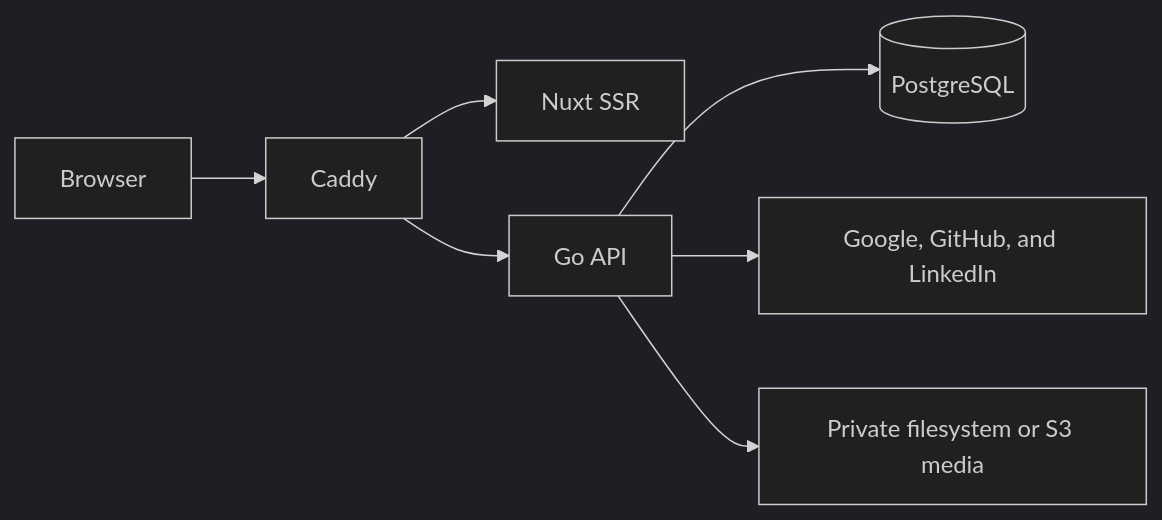
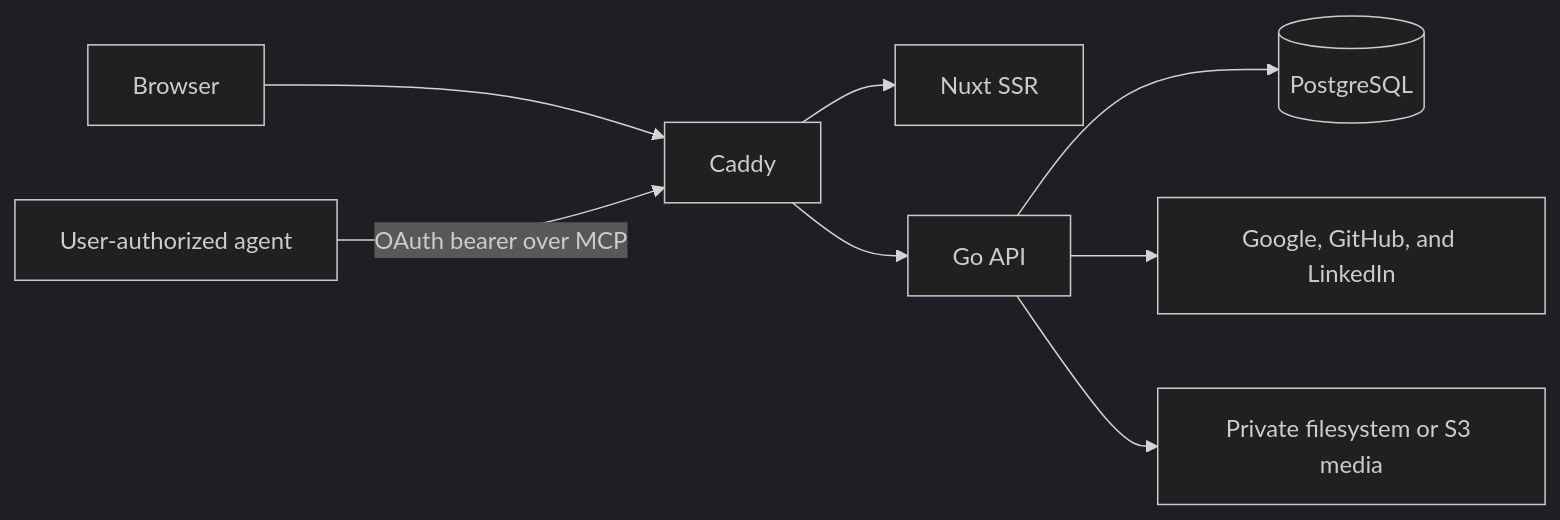
Before and after one commit to dannyota/aboutme: the diagram in docs/architecture.md, drawn with Mermaid (dark theme). The commit also changed other lines of this file and 4 other files, not shown here.

Commit message:
docs: record MCP agent access completion

````diff
--- a/docs/architecture.md
+++ b/docs/architecture.md
@@ -9,9 +9,10 @@
 ```mermaid
 graph LR
     B[Browser] --> C[Caddy]
+    A[User-authorized agent] -->|OAuth bearer over MCP| C
     C --> W[Nuxt SSR]
     C --> G[Go API]
     G --> P[(PostgreSQL)]
     G --> O[Google, GitHub, and LinkedIn]
     G --> M[Private filesystem or S3 media]
 ```
````
